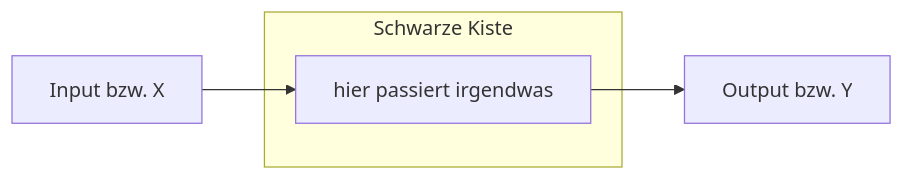
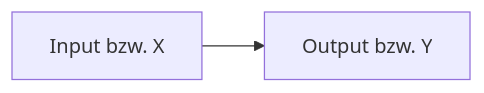
One commit to sebastiansauer/statistik1 changed the third of 6 diagrams in 010-rahmen.qmd. Above: the diagram before and after it, drawn with Mermaid. The commit also changed other lines of this file and 6 other files, not shown here.

````diff
--- a/010-rahmen.qmd
+++ b/010-rahmen.qmd
@@ -429,12 +472,8 @@
 ```{mermaid}
 %%| fig-cap: Struktur eine Forschungsfrage
 %%| label: fig-fo-struktur
 %%| fig-width: 4
 
 graph LR
-    I[Input bzw. X] --> X[hier passiert irgendwas]
-    subgraph "Schwarze Kiste"
-      X
-    end
-    X --> O[Output bzw. Y]
+    I[Input bzw. X] --> O[Output bzw. Y]
 ```
````
